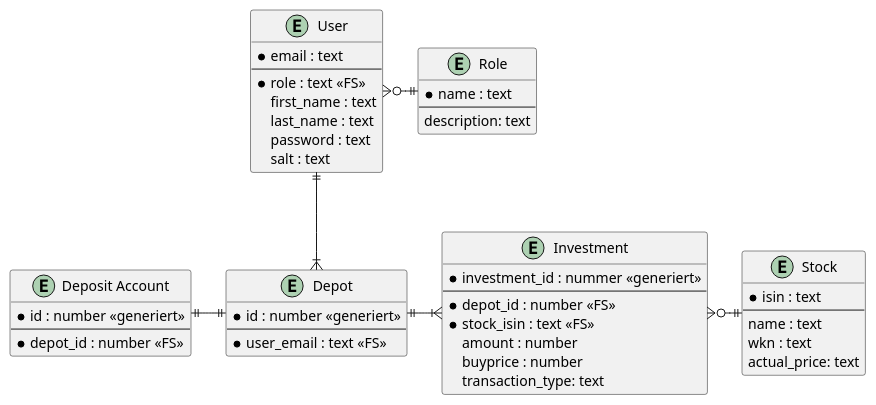
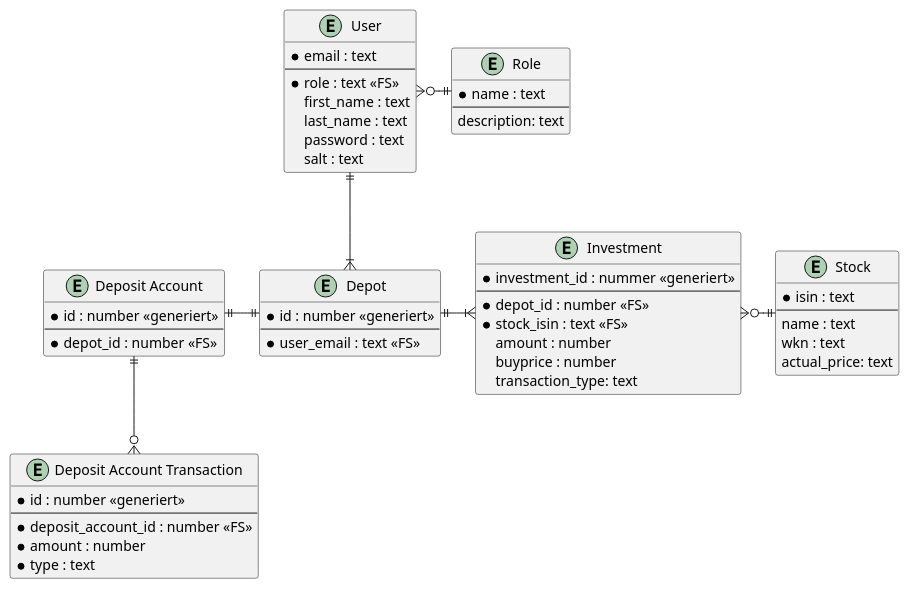
The diagram in backend/extras/doc/db/ER-Diagram.puml (AlexanderStecknitz/iDepot), drawn with PlantUML before and after one commit. The commit also changed 11 other files, not shown here.

Commit message:
feat: deposit account transaction entity

```diff
--- a/backend/extras/doc/db/ER-Diagram.puml
+++ b/backend/extras/doc/db/ER-Diagram.puml
@@ -1,56 +1,65 @@
 @startuml
 skinparam linetype ortho
 
 entity "Stock" as stock {
   *isin : text
   --
   name : text
   wkn : text
   actual_price: text
 }
 
 entity "Depot" as depot {
   *id : number <<generiert>>
   --
   *user_email : text <<FS>>
 }
 
 entity "Investment" as investment {
   *investment_id : nummer <<generiert>>
   --
   *depot_id : number <<FS>>
   *stock_isin : text <<FS>>
   amount : number
   buyprice : number
   transaction_type: text
 }
 
 entity "User" as user {
     *email : text
     --
     *role : text <<FS>>
     first_name : text
     last_name : text
     password : text
     salt : text
 }
 
 entity "Role" as role {
     *name : text
     --
     description: text
 }
 
 entity "Deposit Account" as deposit_account {
     *id : number <<generiert>>
     --
     *depot_id : number <<FS>>
 }
 
+entity "Deposit Account Transaction" as deposit_account_transaction {
+    *id : number <<generiert>>
+    --
+    *deposit_account_id : number <<FS>>
+    *amount : number
+    *type : text
+}
+
 stock ||-left-o{ investment
 depot ||-right-|{ investment
 user ||--|{ depot
 role ||-left-o{ user
 deposit_account ||-right-|| depot
+deposit_account_transaction }o-up-|| deposit_account
 
 @enduml
```
